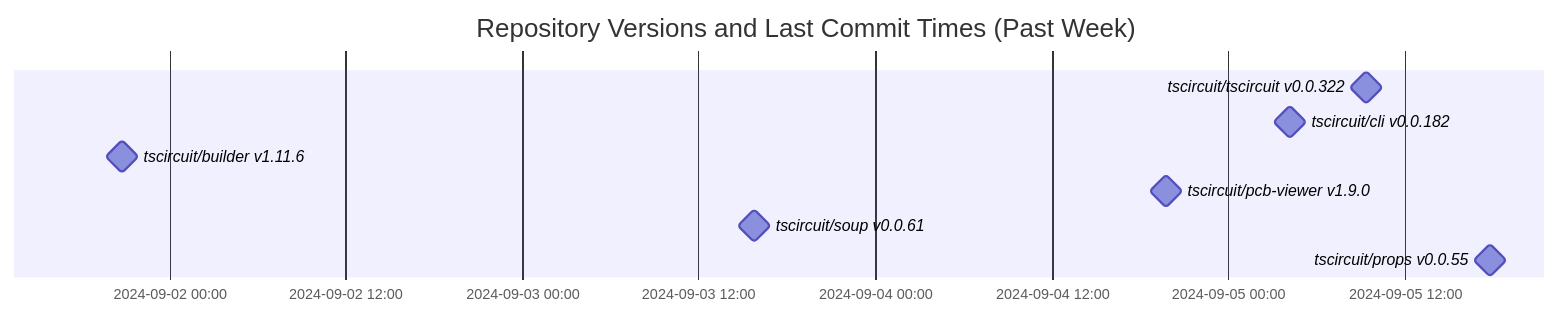
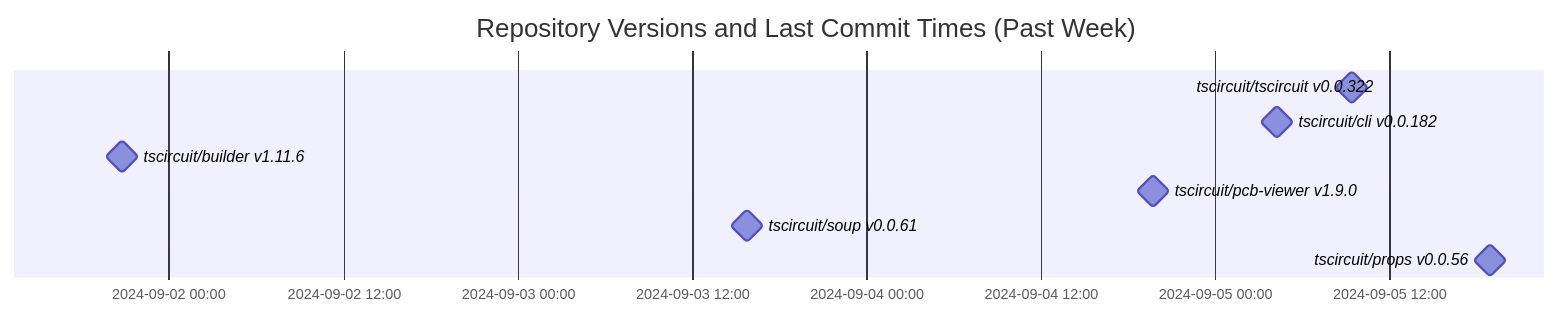
Before and after one commit to tscircuit/version-tracker: the diagram in README.md, drawn with Mermaid.

Commit message:
Update chart

````diff
--- a/README.md
+++ b/README.md
@@ -1,13 +1,13 @@
 ```mermaid
 gantt
   dateFormat  YYYY-MM-DD HH:mm:ss
   title Repository Versions and Last Commit Times (Past Week)
   axisFormat %Y-%m-%d %H:%M
 
   tscircuit/tscircuit v0.0.322 : milestone, 2024-09-05 09:22:41, 1s
   tscircuit/cli v0.0.182 : milestone, 2024-09-05 04:10:53, 1s
   tscircuit/builder v1.11.6 : milestone, 2024-09-01 20:47:46, 1s
   tscircuit/pcb-viewer v1.9.0 : milestone, 2024-09-04 19:45:38, 1s
   tscircuit/soup v0.0.61 : milestone, 2024-09-03 15:44:43, 1s
-  tscircuit/props v0.0.55 : milestone, 2024-09-05 17:48:27, 1s
+  tscircuit/props v0.0.56 : milestone, 2024-09-05 18:53:17, 1s
 ```
````
